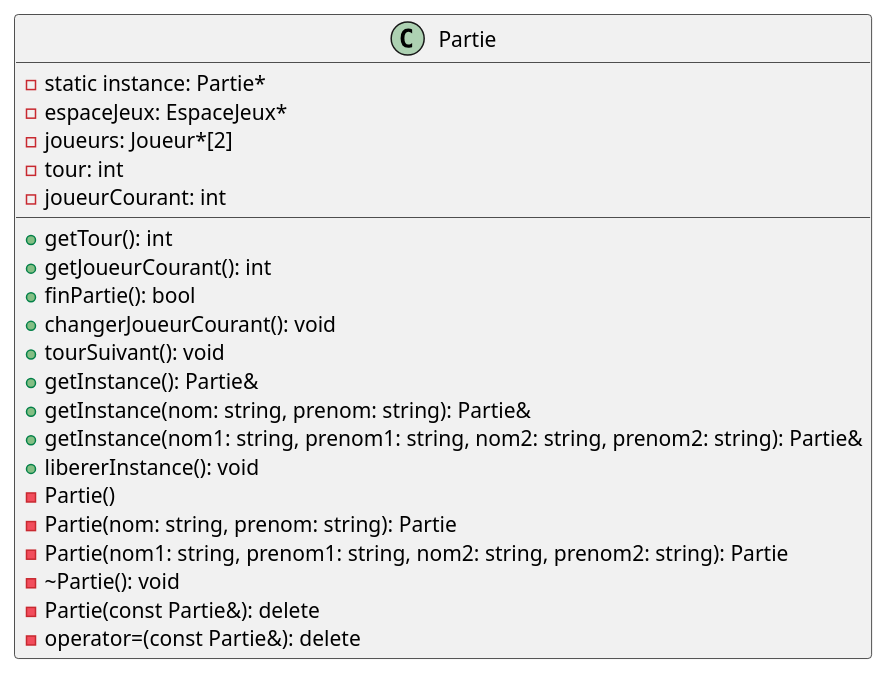
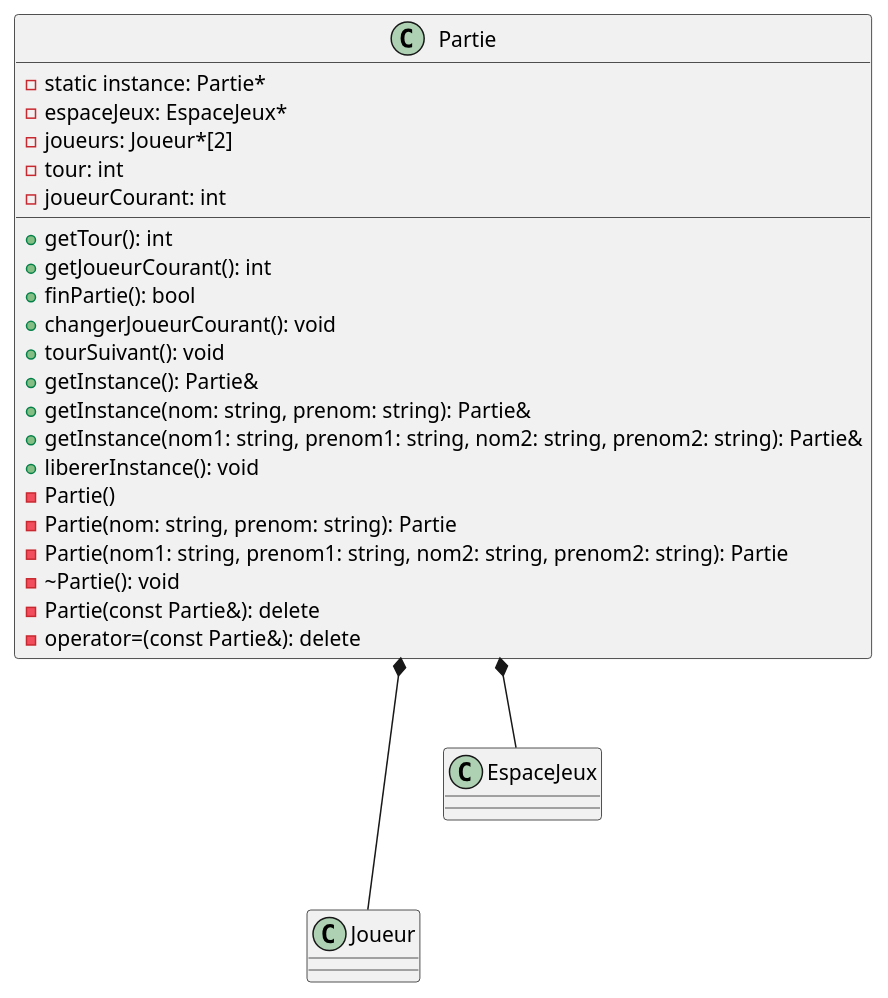
The diagram in source/UML/UML-partie.puml (theguega/OOP-Board-Game), drawn with PlantUML before and after one commit. The commit also changed 4 other files, not shown here.

Commit message:
ajout uml partie + modif mineures

```diff
--- a/source/UML/UML-partie.puml
+++ b/source/UML/UML-partie.puml
@@ -1,24 +1,30 @@
 @startuml
+
 class Partie {
   - static instance: Partie*
   - espaceJeux: EspaceJeux*
   - joueurs: Joueur*[2]
   - tour: int
   - joueurCourant: int
   + getTour(): int
   + getJoueurCourant(): int
   + finPartie(): bool
   + changerJoueurCourant(): void
   + tourSuivant(): void
   + getInstance(): Partie&
   + getInstance(nom: string, prenom: string): Partie&
   + getInstance(nom1: string, prenom1: string, nom2: string, prenom2: string): Partie&
   + libererInstance(): void
   - Partie()
   - Partie(nom: string, prenom: string): Partie
   - Partie(nom1: string, prenom1: string, nom2: string, prenom2: string): Partie
   - ~Partie(): void
   - Partie(const Partie&): delete
   - operator=(const Partie&): delete
 }
+
+
+Partie *--- Joueur
+Partie *-- EspaceJeux
+
 @enduml
```
